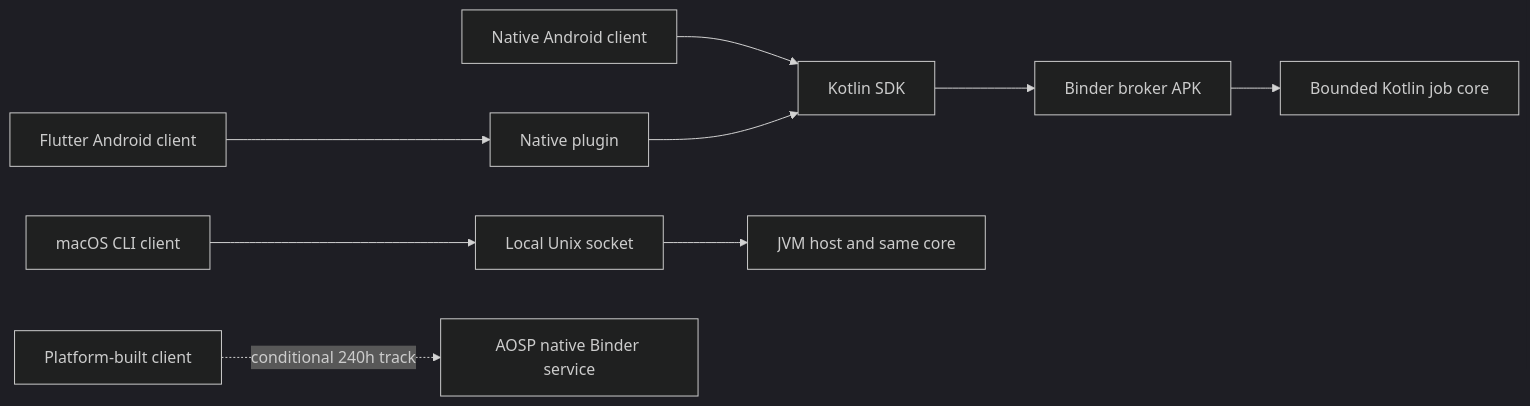
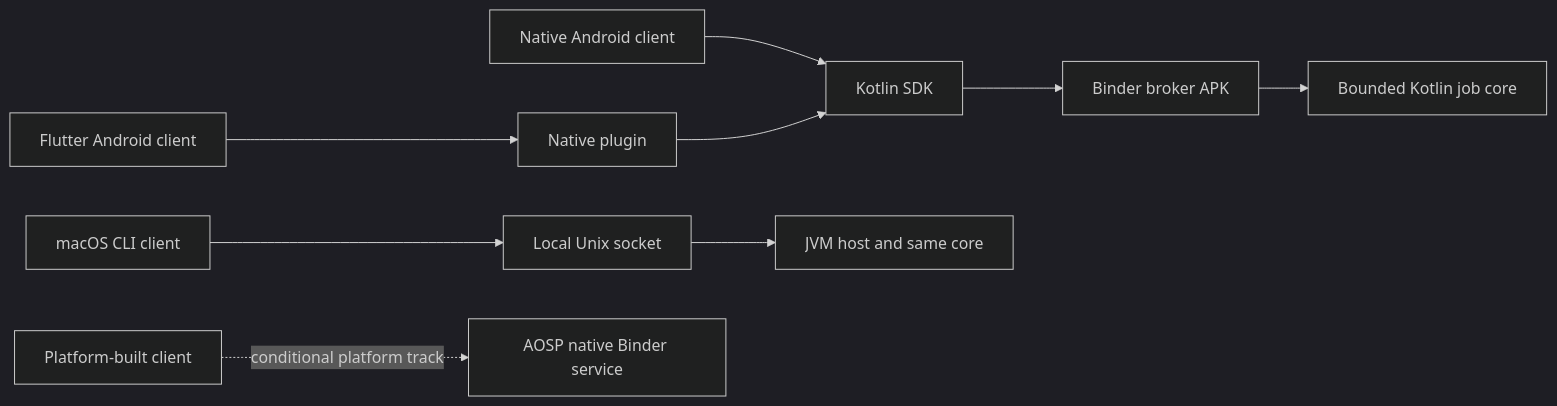
The diagram in README.md (oudaykhaled/boundarylab), drawn with Mermaid (dark theme) before and after one commit. The commit also changed other lines of this file and 36 other files, not shown here.

````diff
--- a/README.md
+++ b/README.md
@@ -30,11 +41,11 @@
 ```mermaid
 flowchart LR
     N[Native Android client] --> K[Kotlin SDK]
     F[Flutter Android client] --> P[Native plugin]
     P --> K
     K --> B[Binder broker APK]
     B --> C[Bounded Kotlin job core]
     D[macOS CLI client] --> U[Local Unix socket]
     U --> J[JVM host and same core]
-    A[Platform-built client] -. conditional 240h track .-> S[AOSP native Binder service]
+    A[Platform-built client] -. conditional platform track .-> S[AOSP native Binder service]
 ```
````
